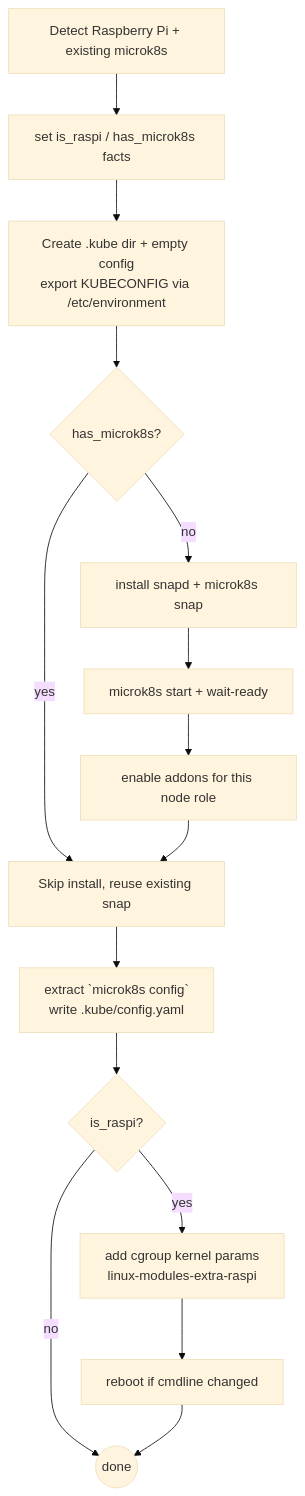
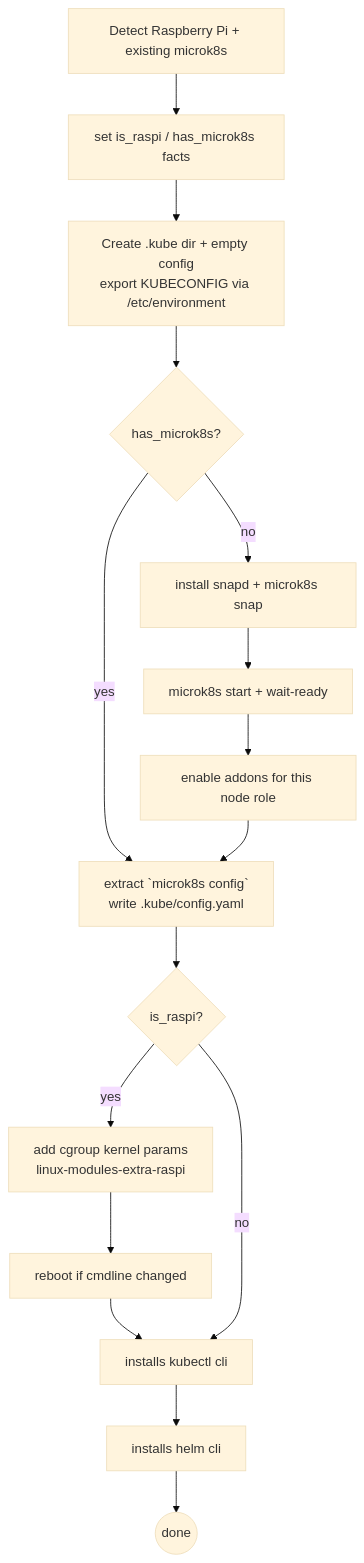
The diagram in ansible/roles/k8s_core/README.md (this-oliver/homelab), drawn with Mermaid (base theme) before and after one commit. The commit also changed other lines of this file and 1 other file, not shown here.

Commit message:
docs: clears up some ai inconsistencies

````diff
--- a/ansible/roles/k8s_core/README.md
+++ b/ansible/roles/k8s_core/README.md
@@ -23,17 +23,18 @@
 ```mermaid
 flowchart TD
     probe[Detect Raspberry Pi + existing microk8s] --> facts[set is_raspi / has_microk8s facts]
     facts --> kubeconfig[Create .kube dir + empty config<br/>export KUBECONFIG via /etc/environment]
     kubeconfig --> exists{has_microk8s?}
-    exists -- yes --> extract[Skip install, reuse existing snap]
+    exists -- yes --> config[extract `microk8s config`<br/>write .kube/config.yaml]
     exists -- no --> install[install snapd + microk8s snap]
     install --> start[microk8s start + wait-ready]
     start --> addons[enable addons for this node role]
-    addons --> extract
-    extract --> config[extract `microk8s config`<br/>write .kube/config.yaml]
+    addons --> config
     config --> raspi{is_raspi?}
     raspi -- yes --> cgroup[add cgroup kernel params<br/>linux-modules-extra-raspi]
     cgroup --> reboot[reboot if cmdline changed]
-    raspi -- no --> done((done))
-    reboot --> done
+    reboot --> kubectl[installs kubectl cli]
+    raspi -- no --> kubectl
+    kubectl --> helm[installs helm cli]
+    helm --> done((done))
 ```
````
